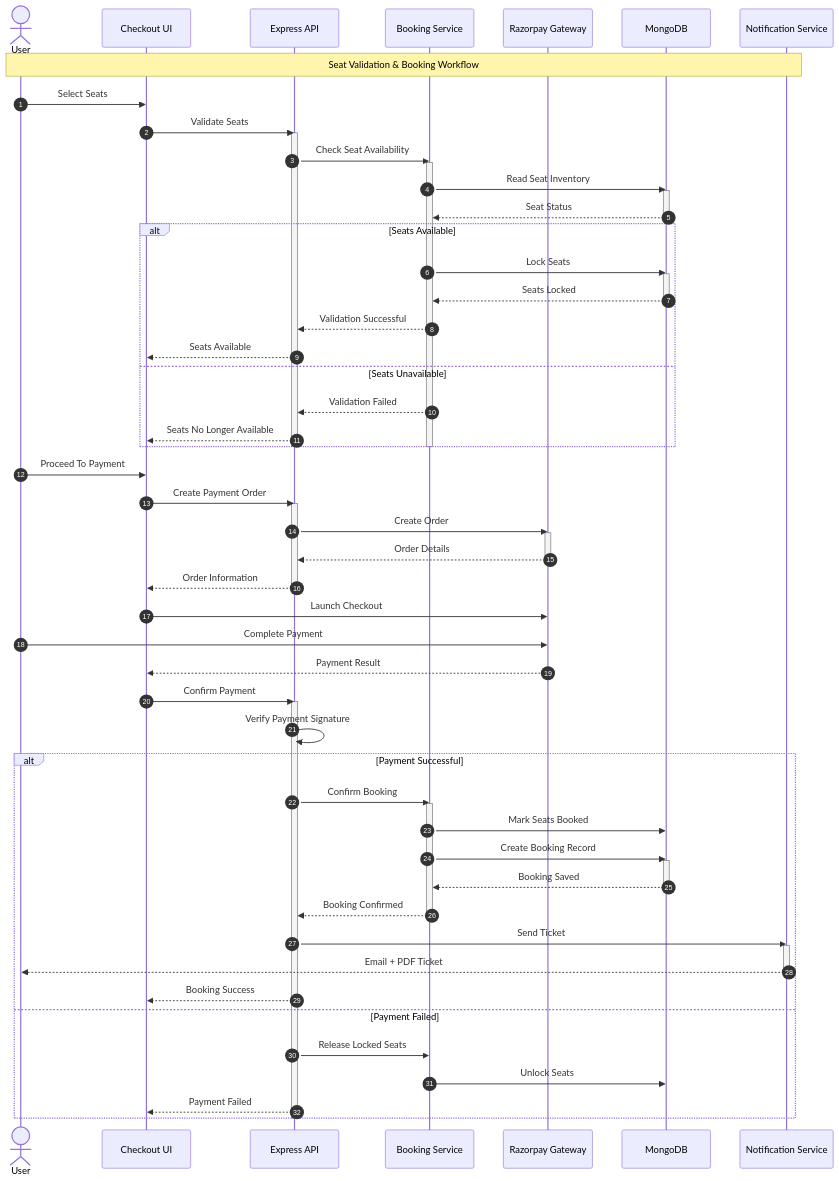
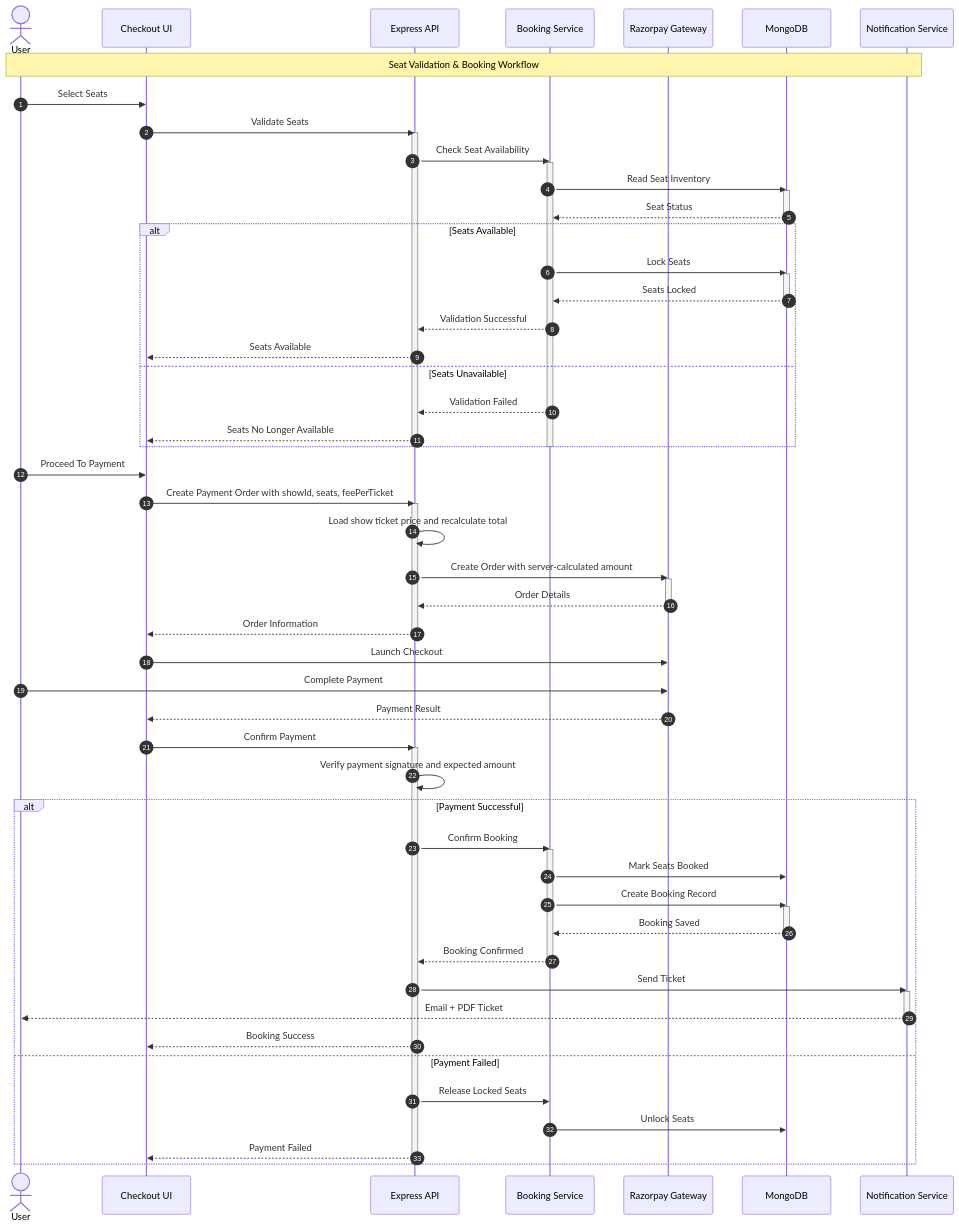
The eighth of 10 diagrams in docs/ARCHITECTURE.md (Shravan-509/BookMyShow), drawn with Mermaid before and after one commit. The commit also changed other lines of this file and 38 other files, not shown here.

```diff
--- a/docs/ARCHITECTURE.md
+++ b/docs/ARCHITECTURE.md
@@ -534,11 +535,12 @@
 
     User->>UI: Proceed To Payment
 
-    UI->>API: Create Payment Order
+    UI->>API: Create Payment Order with showId, seats, feePerTicket
 
     activate API
 
-    API->>Razorpay: Create Order
+    API->>API: Load show ticket price and recalculate total
+    API->>Razorpay: Create Order with server-calculated amount
 
     activate Razorpay
 
@@ -560,7 +562,7 @@
 
     activate API
 
-    API->>API: Verify Payment Signature
+    API->>API: Verify payment signature and expected amount
 
     alt Payment Successful
 
```
